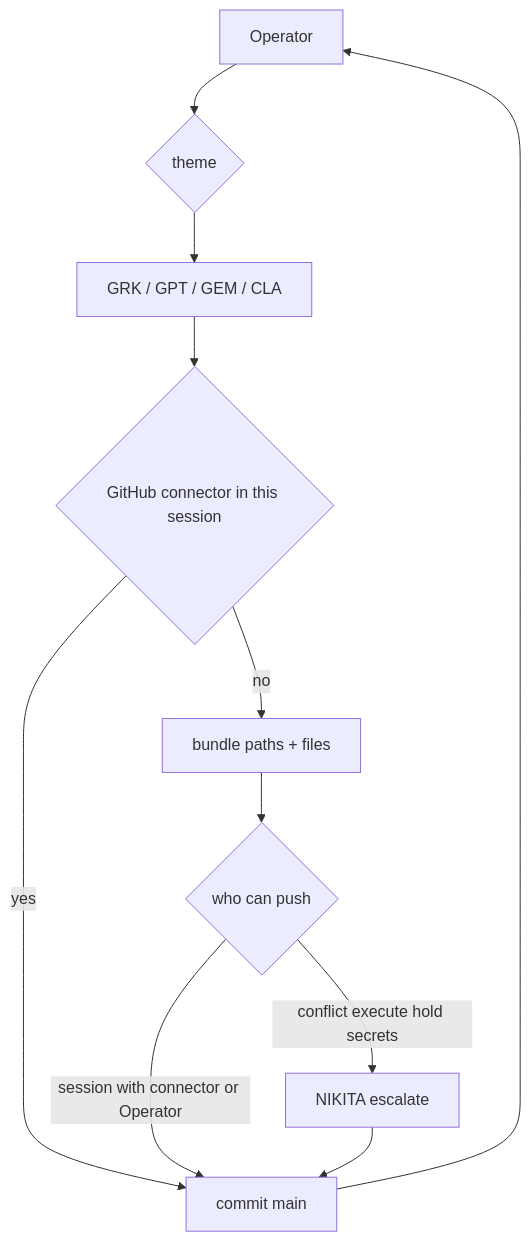
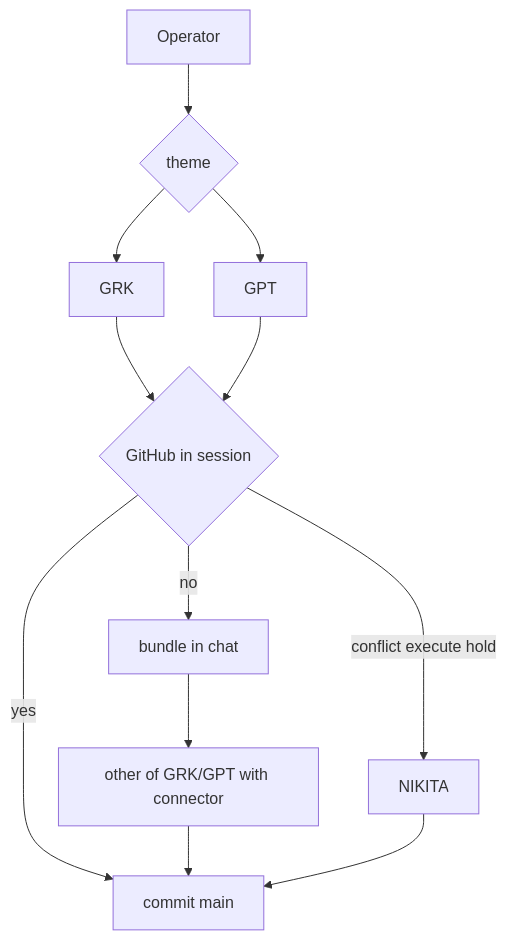
One commit to SpaceBum9/SysEx changed the diagram in rag/34-actor-flow.md. Above: the diagram before and after it, drawn with Mermaid. The commit also changed other lines of this file and 1 other file, not shown here.

Commit message:
rc: Drive off; CLA GEM out; GRK+GPT on git

````diff
--- a/rag/34-actor-flow.md
+++ b/rag/34-actor-flow.md
@@ -5,13 +5,14 @@
 ```mermaid
 flowchart TD
   OP[Operator] --> Q{theme}
-  Q --> S[GRK / GPT / GEM / CLA]
-  S --> C{GitHub connector in this session}
+  Q --> GRK[GRK]
+  Q --> GPT[GPT]
+  GRK --> C{GitHub in session}
+  GPT --> C
   C -->|yes| GIT[commit main]
-  C -->|no| B[bundle paths + files]
-  B --> W{who can push}
-  W -->|session with connector or Operator| GIT
-  W -->|conflict execute hold secrets| NIK[NIKITA escalate]
+  C -->|no| B[bundle in chat]
+  B --> W[other of GRK/GPT with connector]
+  W --> GIT
+  C -->|conflict execute hold| NIK[NIKITA]
   NIK --> GIT
-  GIT --> OP
 ```
````
